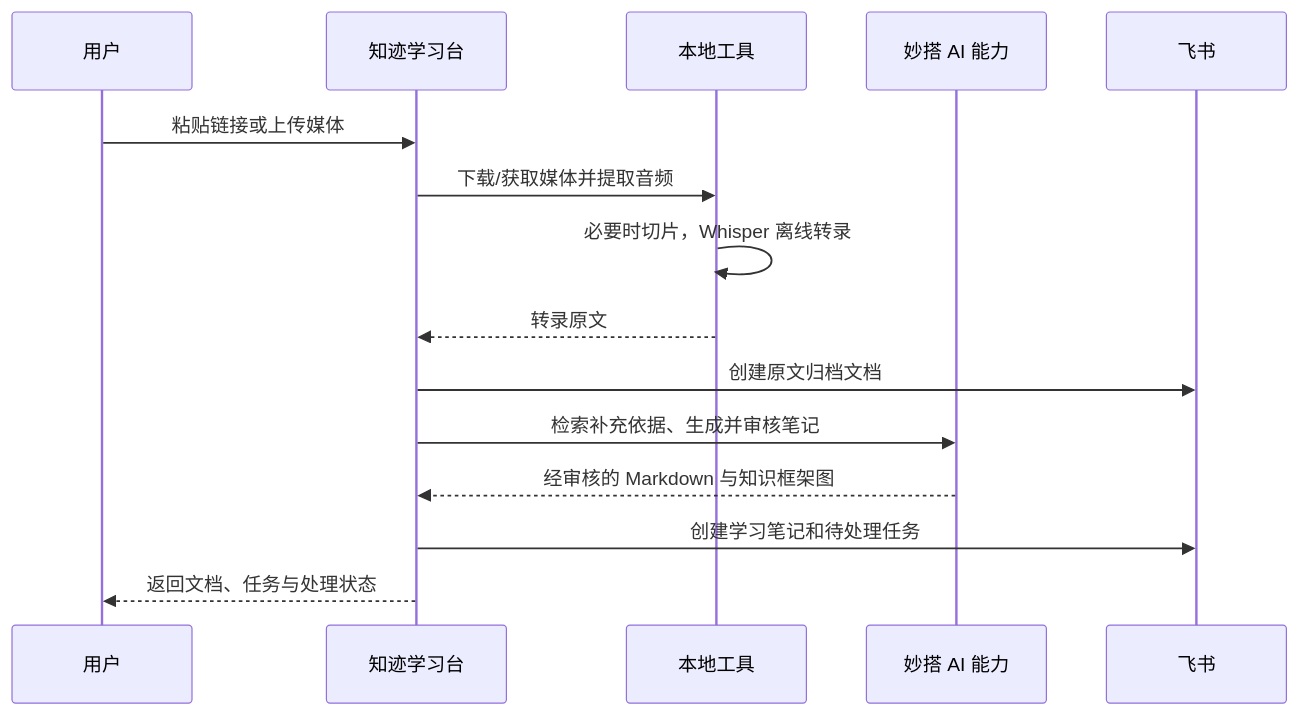
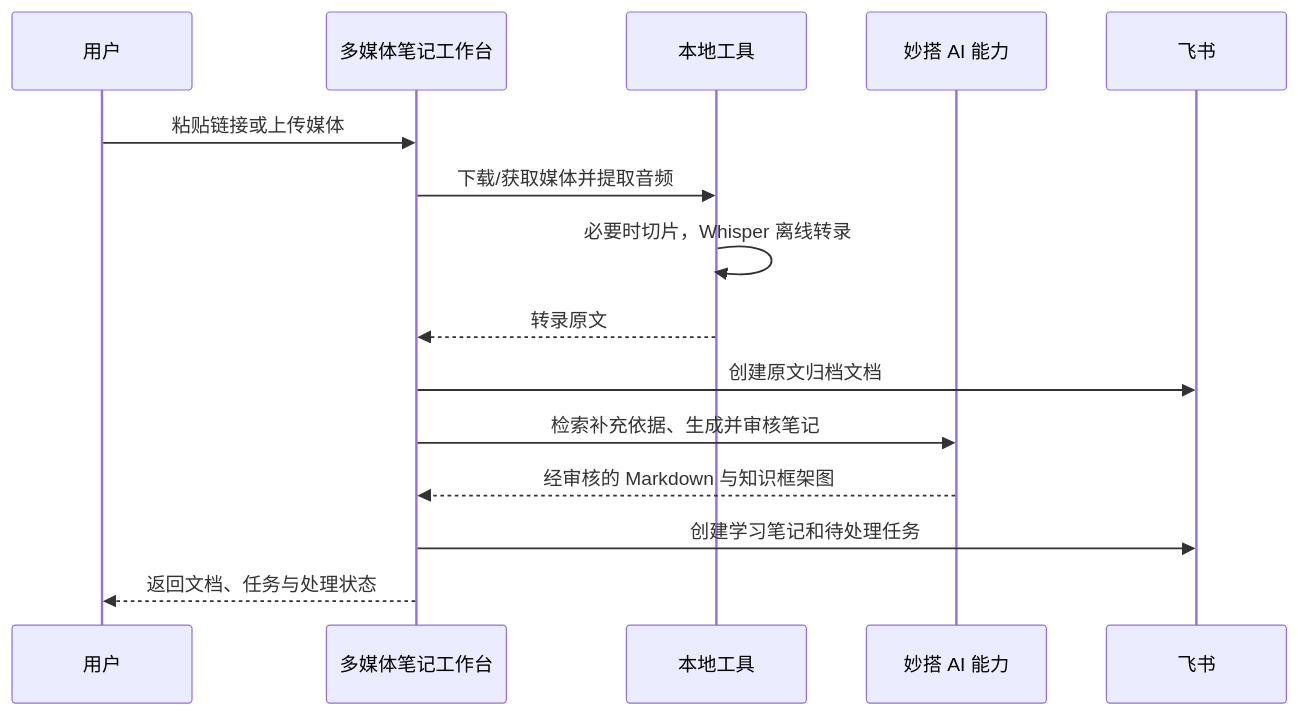
Before and after one commit to guangquan123/media-notes-workbench: the third of 3 diagrams in README.md, drawn with Mermaid. The commit also changed other lines of this file and 9 other files, not shown here.

````diff
--- a/README.md
+++ b/README.md
@@ -81,18 +81,18 @@
 ```mermaid
 sequenceDiagram
     participant U as 用户
-    participant W as 知迹学习台
+    participant W as 多媒体笔记工作台
     participant L as 本地工具
     participant AI as 妙搭 AI 能力
     participant F as 飞书
 
     U->>W: 粘贴链接或上传媒体
     W->>L: 下载/获取媒体并提取音频
     L->>L: 必要时切片，Whisper 离线转录
     L-->>W: 转录原文
     W->>F: 创建原文归档文档
     W->>AI: 检索补充依据、生成并审核笔记
     AI-->>W: 经审核的 Markdown 与知识框架图
     W->>F: 创建学习笔记和待处理任务
     W-->>U: 返回文档、任务与处理状态
 ```
````
